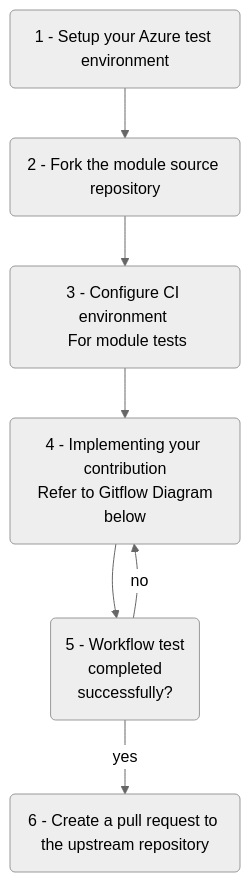
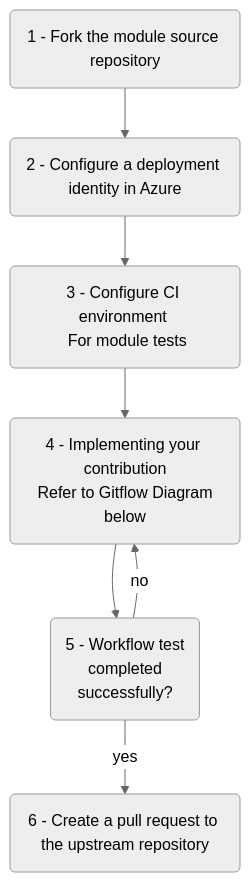
The first of 2 diagrams in docs/content/contributing/bicep/bicep-contribution-flow/_index.md (Azure/Azure-Verified-Modules), drawn with Mermaid (neutral theme) before and after one commit. The commit also changed other lines of this file and 9 other files, not shown here.

```diff
--- a/docs/content/contributing/bicep/bicep-contribution-flow/_index.md
+++ b/docs/content/contributing/bicep/bicep-contribution-flow/_index.md
@@ -12,21 +12,21 @@
 {{< mermaid class="text-center" >}}
 flowchart TD
-A("1 - Setup your Azure test environment")
-  click A "/Azure-Verified-Modules/contributing/bicep/bicep-contribution-flow/#1-setup-your-azure-test-environment"
-B(2 - Fork the module source repository)
-  click B "/Azure-Verified-Modules/contributing/bicep/bicep-contribution-flow/#2-fork-the-module-source-repository"
+A("1 - Fork the module source repository")
+  click A "/Azure-Verified-Modules/contributing/bicep/bicep-contribution-flow/#1-fork-the-module-source-repository"
+B(2 - Configure a deployment identity in Azure)
+  click B "/Azure-Verified-Modules/contributing/bicep/bicep-contribution-flow/#2-configure-a-deployment-identity-in-azure"
 C(3 - Configure CI environment <br> For module tests)
   click C "/Azure-Verified-Modules/contributing/bicep/bicep-contribution-flow/#3-configure-your-ci-environment"
 D(4 - Implementing your contribution<br> Refer to Gitflow Diagram below)
   click D "/Azure-Verified-Modules/contributing/bicep/bicep-contribution-flow/#4-implement-your-contribution"
 E(5 - Workflow test <br> completed <br> successfully?)
   click E "/Azure-Verified-Modules/contributing/bicep/bicep-contribution-flow/#5-createupdate-and-run-tests"
 F(6 - Create a pull request to the upstream repository)
   click F "/Azure-Verified-Modules/contributing/bicep/bicep-contribution-flow/#6-create-a-pull-request-to-the-public-bicep-registry"
 A --> B
 B --> C
 C --> D
 D --> E
 E -->|yes|F
 E -->|no|D
 {{< /mermaid >}}
```
